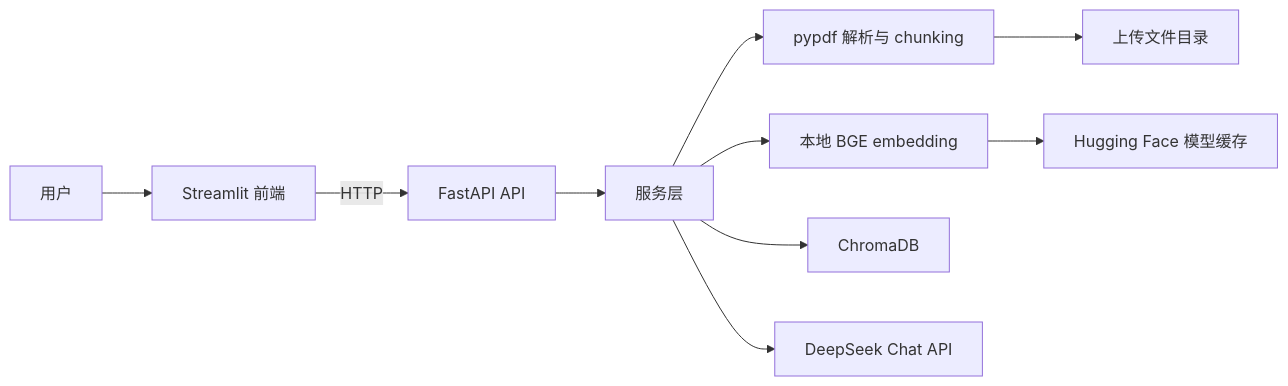
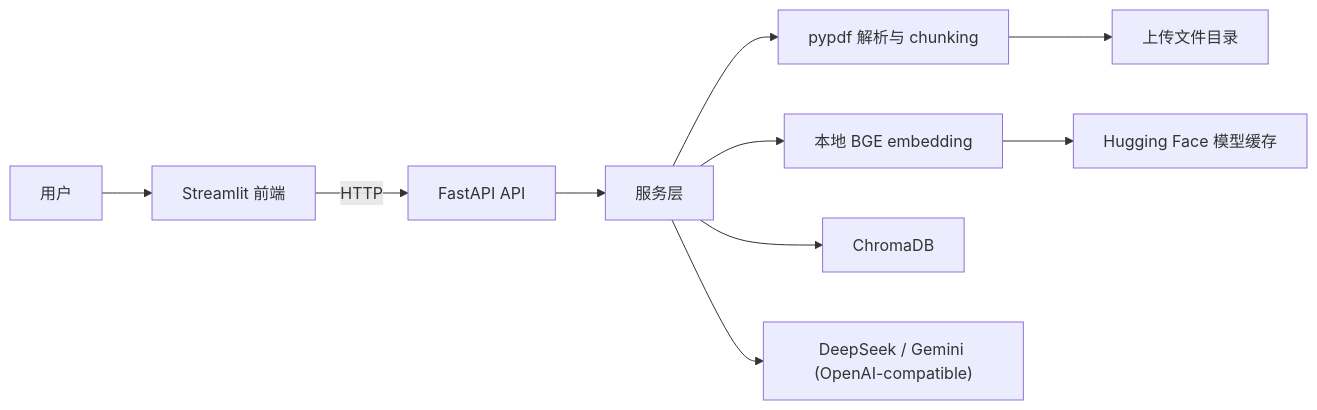
Before and after one commit to raynegao/StudyMate-RAG: the first of 3 diagrams in docs/architecture.md, drawn with Mermaid. The commit also changed other lines of this file and 27 other files, not shown here.

````diff
--- a/docs/architecture.md
+++ b/docs/architecture.md
@@ -9,12 +9,12 @@
 ```mermaid
 flowchart LR
     U["用户"] --> F["Streamlit 前端"]
     F -->|HTTP| A["FastAPI API"]
     A --> S["服务层"]
     S --> P["pypdf 解析与 chunking"]
     S --> E["本地 BGE embedding"]
     S --> V["ChromaDB"]
-    S --> L["DeepSeek Chat API"]
+    S --> L["DeepSeek / Gemini (OpenAI-compatible)"]
     P --> D["上传文件目录"]
     E --> H["Hugging Face 模型缓存"]
 ```
````
